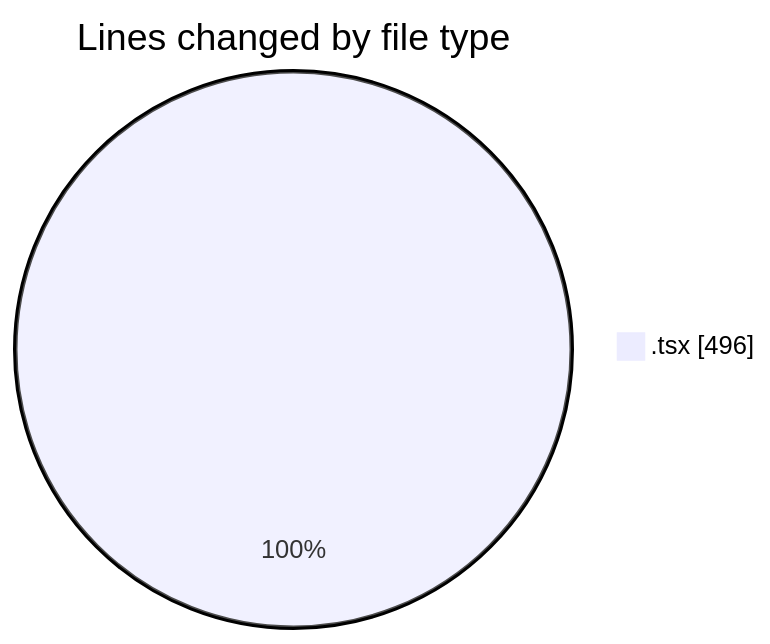
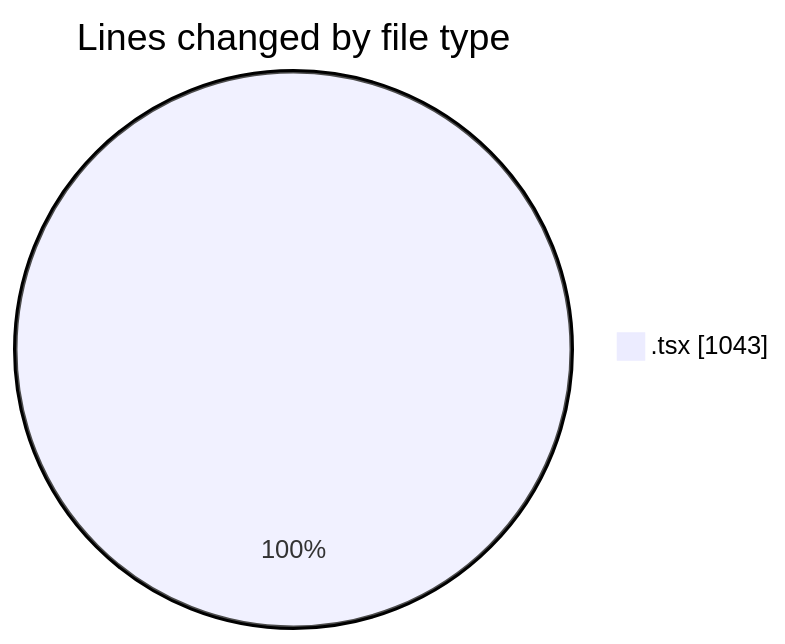
One commit to nxtqubesakshisongat/code-tracking changed the first of 2 diagrams in 2026-08-09/nxtqube_webapp/README.md. Above: the diagram before and after it, drawn with Mermaid. The commit also changed other lines of this file and 1 other file, not shown here.

````diff
--- a/2026-08-09/nxtqube_webapp/README.md
+++ b/2026-08-09/nxtqube_webapp/README.md
@@ -22,5 +23,5 @@
 ```mermaid
 pie showData
 title Lines changed by file type
-".tsx" : 496
+".tsx" : 1043
 ```
````
